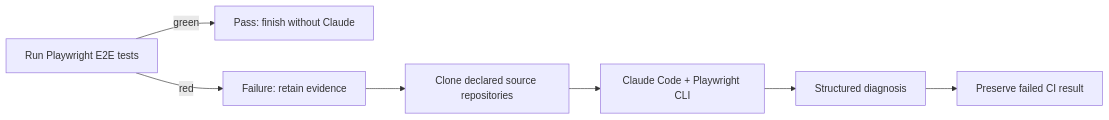
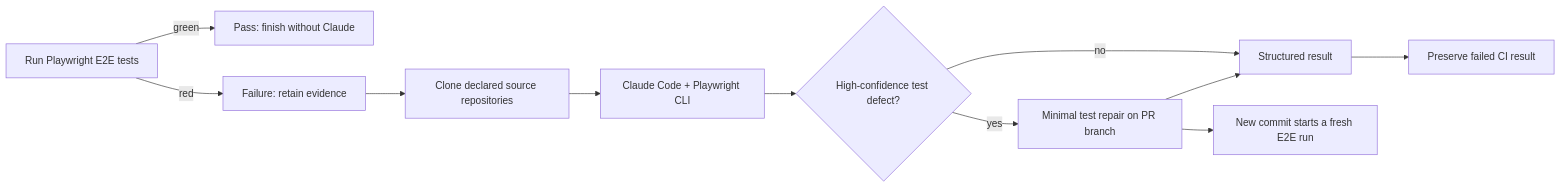
One commit to slawekradzyminski/self-healing-tests-demo changed the diagram in README.md. Above: the diagram before and after it, drawn with Mermaid. The commit also changed other lines of this file and 5 other files, not shown here.

Commit message:
Add evidence-gated Claude test repair

````diff
--- a/README.md
+++ b/README.md
@@ -53,17 +54,24 @@
 ```mermaid
 flowchart LR
     E2E["Run Playwright E2E tests"]
     Pass["Pass: finish without Claude"]
     Evidence["Failure: retain evidence"]
     Sources["Clone declared source repositories"]
     Claude["Claude Code + Playwright CLI"]
-    Result["Structured diagnosis"]
+    Gate{"High-confidence test defect?"}
+    Repair["Minimal test repair on PR branch"]
+    Result["Structured result"]
     Red["Preserve failed CI result"]
+    Verify["New commit starts a fresh E2E run"]
 
     E2E -->|green| Pass
     E2E -->|red| Evidence
     Evidence --> Sources
     Sources --> Claude
-    Claude --> Result
+    Claude --> Gate
+    Gate -->|no| Result
+    Gate -->|yes| Repair
+    Repair --> Result
+    Repair --> Verify
     Result --> Red
 ```
````
